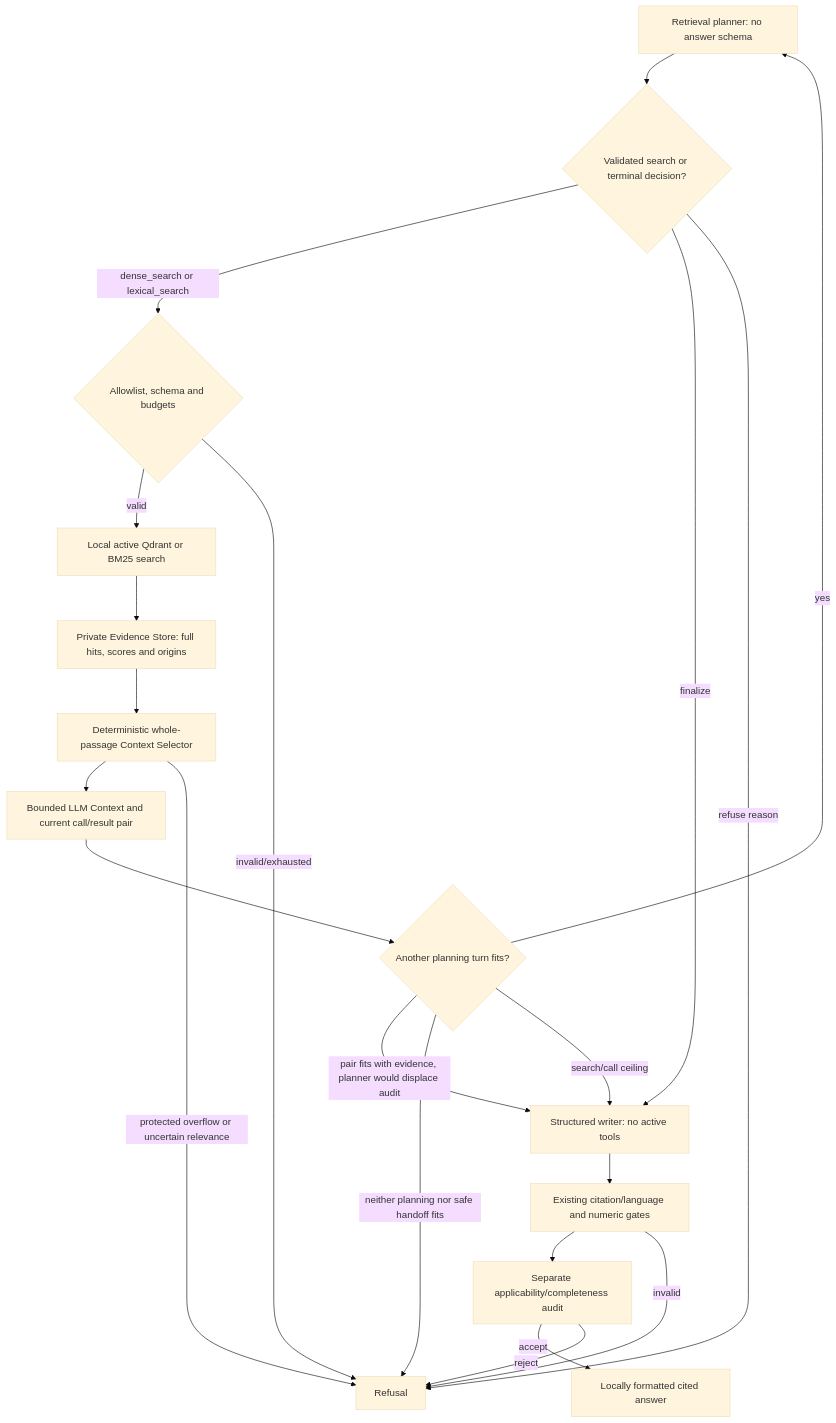
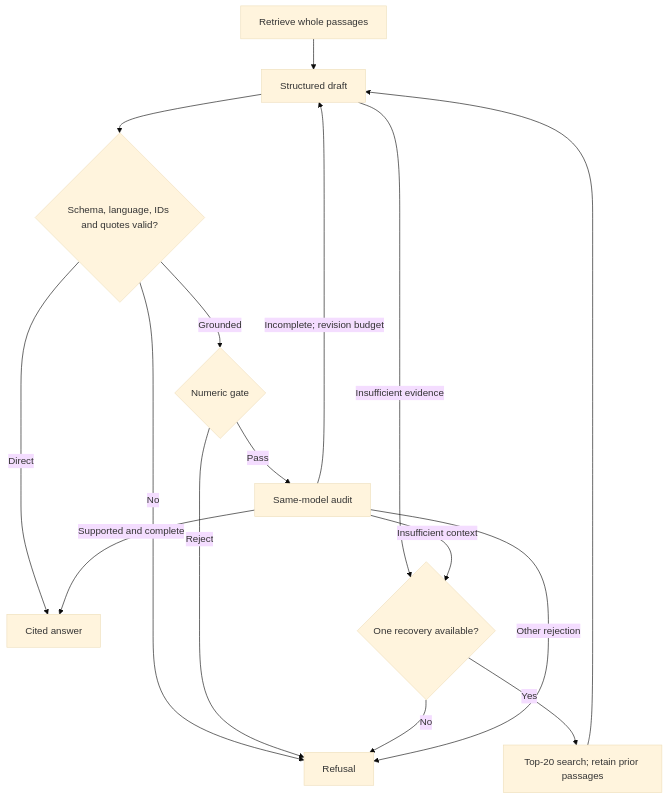
The second of 2 diagrams in docs/architecture.md (cryptoadya/garage-rag), drawn with Mermaid (base theme) before and after one commit. The commit also changed other lines of this file and 29 other files, not shown here.

````diff
--- a/docs/architecture.md
+++ b/docs/architecture.md
@@ -177,23 +94,18 @@
 ```mermaid
 flowchart TD
-    M[Retrieval planner: no answer schema] --> C{Validated search or terminal decision?}
-    C -- dense_search or lexical_search --> G{Allowlist, schema and budgets}
-    G -- valid --> L[Local active Qdrant or BM25 search]
-    L --> E[Private Evidence Store: full hits, scores and origins]
-    E --> S[Deterministic whole-passage Context Selector]
-    S --> X[Bounded LLM Context and current call/result pair]
-    X --> B{Another planning turn fits?}
-    B -- yes --> M
-    B -- pair fits with evidence, planner would displace audit --> D
-    B -- neither planning nor safe handoff fits --> F
-    B -- search/call ceiling --> D[Structured writer: no active tools]
-    C -- finalize --> D
-    C -- refuse reason --> F[Refusal]
-    D --> V[Existing citation/language and numeric gates]
-    V --> A[Separate applicability/completeness audit]
-    A -- accept --> O[Locally formatted cited answer]
-    G -- invalid/exhausted --> F
-    S -- protected overflow or uncertain relevance --> F
-    V -- invalid --> F
-    A -- reject --> F
+    R[Retrieve whole passages] --> D[Structured draft]
+    D --> V{Schema, language, IDs and quotes valid?}
+    V -- No --> F[Refusal]
+    V -- Direct --> O[Cited answer]
+    V -- Grounded --> N{Numeric gate}
+    N -- Reject --> F
+    N -- Pass --> A[Same-model audit]
+    A -- Supported and complete --> O
+    A -- Incomplete; revision budget --> D
+    D -- Insufficient evidence --> E{One recovery available?}
+    A -- Insufficient context --> E
+    E -- Yes --> R2[Top-20 search; retain prior passages]
+    R2 --> D
+    E -- No --> F
+    A -- Other rejection --> F
 ```
````
